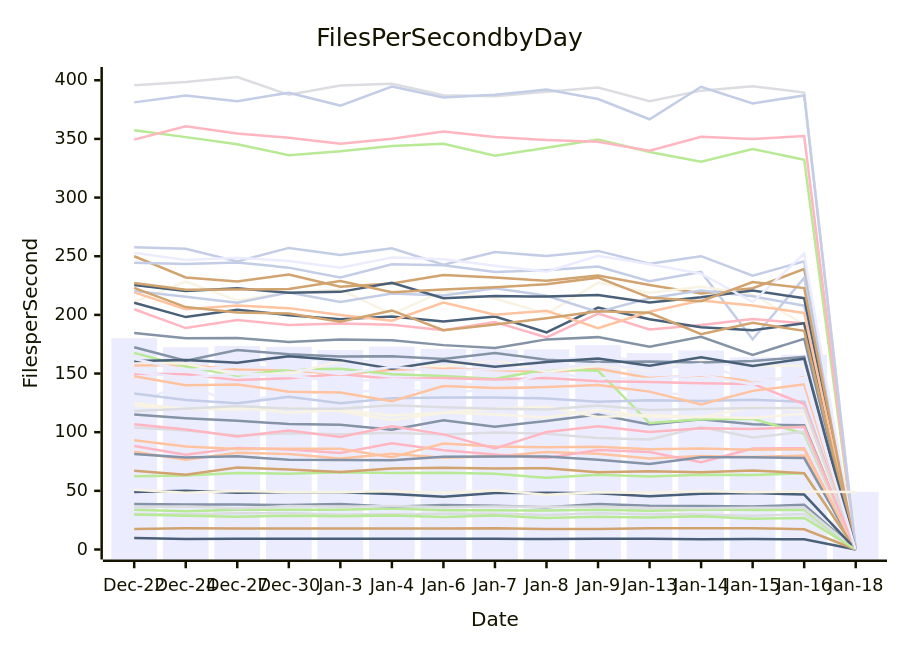
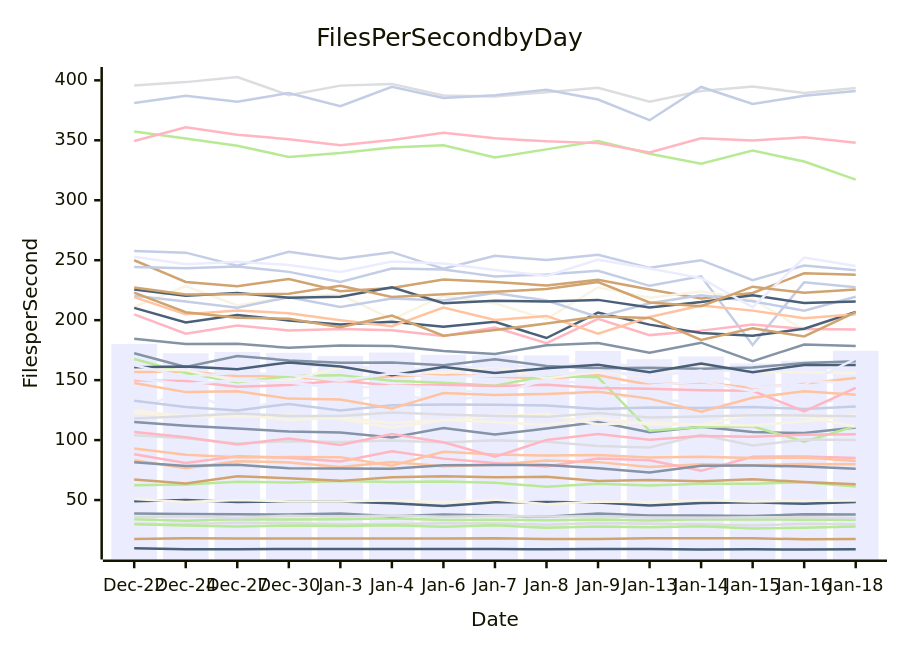
The diagram in perf-report.md (streetsidesoftware/cspell), drawn with Mermaid before and after one commit. The commit also changed other lines of this file and 1 other file, not shown here.

````diff
--- a/perf-report.md
+++ b/perf-report.md
@@ -10,57 +10,57 @@
 ```mermaid
 xychart-beta
     title Files Per Second by Day
     y-axis Files per Second
     x-axis Date [Dec-22, Dec-24, Dec-27, Dec-30, Jan-3, Jan-4, Jan-6, Jan-7, Jan-8, Jan-9, Jan-13, Jan-14, Jan-15, Jan-16, Jan-18]
-    bar [180.09, 172.48, 173.54, 172.79, 170.07, 172.98, 171.06, 170.63, 170.60, 174.36, 167.48, 169.75, 163.88, 166.13, 49.10]
-    line [115.03, 111.88, 109.68, 107.07, 106.25, 102.14, 110.16, 104.65, 109.58, 115.11, 106.48, 111.07, 106.70, 105.83, 0.00]
-    line [83.25, 76.44, 82.43, 81.41, 77.52, 81.68, 78.20, 79.53, 83.01, 81.62, 77.54, 79.76, 78.94, 80.05, 0.00]
-    line [30.24, 30.04, 30.99, 30.88, 29.79, 30.12, 30.58, 30.44, 29.43, 30.82, 30.13, 29.74, 28.69, 30.19, 0.00]
-    line [33.89, 32.69, 33.95, 33.78, 33.96, 34.86, 33.41, 33.47, 33.19, 33.82, 33.01, 34.00, 33.70, 33.67, 0.00]
-    line [249.98, 231.90, 228.38, 234.40, 224.05, 226.75, 234.01, 231.87, 229.00, 233.60, 225.53, 218.14, 222.73, 239.07, 0.00]
-    line [244.43, 243.32, 244.74, 240.28, 231.82, 243.15, 242.35, 236.52, 238.12, 241.19, 228.64, 236.61, 179.24, 231.58, 0.00]
-    line [88.26, 80.81, 86.47, 85.34, 82.22, 90.61, 84.54, 80.98, 78.06, 84.72, 83.13, 74.36, 86.16, 86.38, 0.00]
-    line [9.78, 8.90, 9.07, 9.12, 9.16, 9.11, 9.12, 9.14, 8.90, 9.21, 9.09, 8.82, 8.93, 8.76, 0.00]
-    line [211.10, 228.39, 212.27, 219.38, 221.60, 200.66, 220.18, 213.99, 200.90, 227.46, 218.81, 223.94, 217.59, 191.78, 0.00]
-    line [125.20, 140.89, 123.76, 134.99, 132.64, 137.41, 133.47, 136.71, 138.45, 138.88, 133.26, 132.31, 127.23, 131.76, 0.00]
-    line [38.70, 38.32, 38.26, 37.85, 38.77, 36.54, 38.02, 37.20, 35.97, 38.77, 37.19, 37.15, 36.65, 38.13, 0.00]
-    line [156.77, 157.19, 153.46, 153.21, 148.91, 153.20, 154.41, 153.05, 151.33, 153.98, 146.13, 148.32, 143.55, 147.19, 0.00]
-    line [35.79, 36.55, 35.09, 36.98, 36.38, 37.08, 36.07, 36.65, 36.34, 36.49, 35.46, 35.24, 35.59, 35.58, 0.00]
-    line [167.61, 155.99, 148.15, 153.37, 154.17, 149.42, 147.86, 145.38, 153.63, 152.37, 107.78, 110.93, 111.50, 98.69, 0.00]
-    line [17.53, 18.08, 17.97, 17.93, 17.83, 17.83, 17.89, 18.19, 17.48, 17.44, 18.04, 18.04, 18.22, 17.23, 0.00]
-    line [132.89, 127.54, 124.61, 130.19, 124.72, 128.97, 129.63, 129.57, 128.75, 125.98, 127.26, 126.67, 127.57, 126.01, 0.00]
-    line [204.78, 188.75, 195.62, 191.45, 192.64, 191.68, 186.85, 193.93, 180.85, 201.04, 187.54, 191.28, 196.46, 192.64, 0.00]
-    line [210.28, 198.12, 204.40, 199.78, 196.30, 198.61, 194.45, 198.60, 185.12, 206.27, 196.30, 189.40, 186.97, 192.92, 0.00]
-    line [159.56, 158.26, 149.38, 149.63, 160.44, 159.38, 155.94, 161.49, 151.30, 157.09, 152.68, 160.69, 156.79, 156.81, 0.00]
-    line [171.52, 161.55, 160.38, 161.25, 162.72, 158.59, 160.02, 162.06, 161.10, 164.91, 160.36, 157.59, 157.97, 159.04, 0.00]
-    line [81.49, 78.49, 79.44, 76.50, 76.34, 76.08, 79.03, 79.23, 79.24, 76.50, 72.97, 78.65, 78.72, 77.98, 0.00]
-    line [93.06, 87.76, 85.72, 85.81, 85.78, 78.64, 90.27, 87.90, 87.06, 87.60, 85.54, 86.15, 85.12, 85.43, 0.00]
-    line [395.71, 398.52, 402.79, 387.60, 395.60, 397.05, 387.31, 386.47, 390.16, 393.74, 382.18, 391.17, 394.86, 389.55, 0.00]
-    line [62.39, 63.01, 65.26, 64.66, 65.89, 65.11, 65.47, 64.47, 61.13, 63.67, 62.15, 63.63, 63.52, 64.93, 0.00]
-    line [67.11, 63.78, 69.83, 68.15, 65.99, 69.11, 69.77, 69.09, 69.36, 65.84, 66.66, 65.78, 67.40, 65.04, 0.00]
-    line [220.31, 215.56, 210.39, 219.17, 210.98, 218.13, 216.47, 222.63, 216.37, 202.60, 214.18, 220.74, 215.80, 207.87, 0.00]
-    line [149.89, 149.32, 144.39, 145.93, 149.70, 145.36, 146.19, 145.02, 146.18, 143.49, 142.76, 141.64, 141.15, 123.99, 0.00]
-    line [225.51, 220.33, 222.69, 218.79, 219.63, 227.40, 214.16, 216.11, 215.58, 216.92, 210.61, 215.07, 220.69, 214.26, 0.00]
-    line [124.95, 119.60, 119.43, 120.64, 117.82, 110.33, 116.53, 120.08, 121.77, 112.94, 114.87, 112.73, 121.37, 119.21, 0.00]
-    line [151.56, 146.50, 150.10, 148.04, 143.32, 145.06, 144.14, 137.83, 150.50, 146.15, 145.30, 149.05, 140.78, 149.26, 0.00]
-    line [184.52, 180.06, 180.25, 176.99, 178.92, 178.38, 174.22, 171.75, 179.11, 181.04, 172.87, 181.24, 165.83, 179.67, 0.00]
-    line [219.19, 204.86, 207.97, 205.76, 199.93, 194.96, 210.48, 200.08, 203.53, 188.73, 202.65, 212.27, 207.96, 201.68, 0.00]
-    line [104.04, 101.53, 97.16, 99.08, 98.33, 99.60, 97.96, 99.84, 98.62, 95.10, 93.83, 104.36, 95.41, 100.49, 0.00]
-    line [357.38, 351.53, 345.39, 336.17, 339.40, 343.93, 345.83, 335.66, 342.43, 349.42, 338.80, 330.51, 341.37, 332.29, 0.00]
-    line [222.98, 206.68, 202.06, 201.20, 194.13, 203.79, 186.99, 191.85, 197.16, 203.10, 201.84, 183.49, 193.18, 186.41, 0.00]
-    line [257.62, 256.30, 245.45, 257.10, 251.12, 256.72, 242.84, 253.62, 250.11, 254.55, 243.64, 250.04, 233.42, 245.62, 0.00]
-    line [349.43, 360.81, 354.60, 350.95, 345.98, 350.21, 356.35, 351.62, 349.11, 347.65, 339.94, 351.75, 349.84, 352.46, 0.00]
-    line [48.96, 49.98, 48.46, 48.82, 48.74, 47.38, 44.97, 48.20, 48.28, 47.88, 45.48, 47.52, 48.15, 46.82, 0.00]
-    line [122.57, 119.82, 121.66, 116.64, 119.03, 114.16, 116.74, 115.06, 112.51, 118.83, 112.95, 112.89, 112.17, 115.75, 0.00]
-    line [252.93, 246.70, 248.73, 245.95, 240.13, 248.92, 247.35, 241.85, 236.85, 250.47, 243.18, 235.07, 210.91, 252.26, 0.00]
-    line [172.46, 160.97, 170.04, 166.42, 164.47, 164.70, 162.35, 167.49, 161.75, 159.91, 160.33, 159.51, 160.62, 164.27, 0.00]
-    line [147.65, 140.01, 140.67, 134.58, 133.84, 126.46, 139.31, 137.59, 138.48, 140.31, 134.58, 123.64, 135.23, 140.79, 0.00]
-    line [117.98, 119.98, 122.26, 120.11, 120.07, 122.96, 121.36, 120.04, 119.36, 122.67, 118.82, 119.70, 120.72, 120.60, 0.00]
-    line [29.86, 28.77, 27.94, 28.71, 28.29, 28.89, 27.76, 28.93, 26.82, 27.98, 27.25, 28.25, 26.29, 26.94, 0.00]
-    line [227.25, 221.39, 221.64, 222.00, 228.77, 219.30, 221.68, 223.62, 226.04, 231.74, 214.77, 211.68, 227.93, 222.84, 0.00]
-    line [381.16, 387.10, 382.18, 389.40, 378.43, 394.66, 385.25, 387.67, 392.05, 384.01, 366.78, 394.48, 380.24, 387.08, 0.00]
-    line [106.83, 102.33, 96.35, 101.39, 95.92, 105.11, 98.16, 86.10, 100.14, 105.08, 100.22, 103.42, 102.77, 104.55, 0.00]
-    line [160.66, 161.47, 159.18, 164.75, 161.43, 154.09, 160.97, 155.89, 159.83, 162.81, 156.59, 163.92, 156.50, 162.70, 0.00]
-    line [50.84, 48.41, 49.94, 48.88, 48.70, 49.88, 48.16, 50.54, 46.59, 48.81, 48.15, 49.96, 48.86, 49.35, 49.10]
-    line [162.32, 152.82, 156.10, 154.49, 149.59, 155.51, 152.61, 153.69, 153.81, 158.28, 153.24, 158.05, 143.97, 146.11, 0.00]
+    bar [180.09, 172.48, 173.54, 172.79, 170.07, 172.98, 171.06, 170.63, 170.60, 174.36, 167.48, 169.75, 163.88, 166.13, 174.50]
+    line [115.03, 111.88, 109.68, 107.07, 106.25, 102.14, 110.16, 104.65, 109.58, 115.11, 106.48, 111.07, 106.70, 105.83, 110.59]
+    line [83.25, 76.44, 82.43, 81.41, 77.52, 81.68, 78.20, 79.53, 83.01, 81.62, 77.54, 79.76, 78.94, 80.05, 79.79]
+    line [30.24, 30.04, 30.99, 30.88, 29.79, 30.12, 30.58, 30.44, 29.43, 30.82, 30.13, 29.74, 28.69, 30.19, 29.74]
+    line [33.89, 32.69, 33.95, 33.78, 33.96, 34.86, 33.41, 33.47, 33.19, 33.82, 33.01, 34.00, 33.70, 33.67, 33.62]
+    line [249.98, 231.90, 228.38, 234.40, 224.05, 226.75, 234.01, 231.87, 229.00, 233.60, 225.53, 218.14, 222.73, 239.07, 237.86]
+    line [244.43, 243.32, 244.74, 240.28, 231.82, 243.15, 242.35, 236.52, 238.12, 241.19, 228.64, 236.61, 179.24, 231.58, 227.41]
+    line [88.26, 80.81, 86.47, 85.34, 82.22, 90.61, 84.54, 80.98, 78.06, 84.72, 83.13, 74.36, 86.16, 86.38, 84.98]
+    line [9.78, 8.90, 9.07, 9.12, 9.16, 9.11, 9.12, 9.14, 8.90, 9.21, 9.09, 8.82, 8.93, 8.76, 8.99]
+    line [211.10, 228.39, 212.27, 219.38, 221.60, 200.66, 220.18, 213.99, 200.90, 227.46, 218.81, 223.94, 217.59, 191.78, 206.70]
+    line [125.20, 140.89, 123.76, 134.99, 132.64, 137.41, 133.47, 136.71, 138.45, 138.88, 133.26, 132.31, 127.23, 131.76, 132.93]
+    line [38.70, 38.32, 38.26, 37.85, 38.77, 36.54, 38.02, 37.20, 35.97, 38.77, 37.19, 37.15, 36.65, 38.13, 37.95]
+    line [156.77, 157.19, 153.46, 153.21, 148.91, 153.20, 154.41, 153.05, 151.33, 153.98, 146.13, 148.32, 143.55, 147.19, 151.83]
+    line [35.79, 36.55, 35.09, 36.98, 36.38, 37.08, 36.07, 36.65, 36.34, 36.49, 35.46, 35.24, 35.59, 35.58, 35.07]
+    line [167.61, 155.99, 148.15, 153.37, 154.17, 149.42, 147.86, 145.38, 153.63, 152.37, 107.78, 110.93, 111.50, 98.69, 111.74]
+    line [17.53, 18.08, 17.97, 17.93, 17.83, 17.83, 17.89, 18.19, 17.48, 17.44, 18.04, 18.04, 18.22, 17.23, 17.55]
+    line [132.89, 127.54, 124.61, 130.19, 124.72, 128.97, 129.63, 129.57, 128.75, 125.98, 127.26, 126.67, 127.57, 126.01, 128.09]
+    line [204.78, 188.75, 195.62, 191.45, 192.64, 191.68, 186.85, 193.93, 180.85, 201.04, 187.54, 191.28, 196.46, 192.64, 192.25]
+    line [210.28, 198.12, 204.40, 199.78, 196.30, 198.61, 194.45, 198.60, 185.12, 206.27, 196.30, 189.40, 186.97, 192.92, 206.92]
+    line [159.56, 158.26, 149.38, 149.63, 160.44, 159.38, 155.94, 161.49, 151.30, 157.09, 152.68, 160.69, 156.79, 156.81, 155.73]
+    line [171.52, 161.55, 160.38, 161.25, 162.72, 158.59, 160.02, 162.06, 161.10, 164.91, 160.36, 157.59, 157.97, 159.04, 161.40]
+    line [81.49, 78.49, 79.44, 76.50, 76.34, 76.08, 79.03, 79.23, 79.24, 76.50, 72.97, 78.65, 78.72, 77.98, 76.03]
+    line [93.06, 87.76, 85.72, 85.81, 85.78, 78.64, 90.27, 87.90, 87.06, 87.60, 85.54, 86.15, 85.12, 85.43, 82.51]
+    line [395.71, 398.52, 402.79, 387.60, 395.60, 397.05, 387.31, 386.47, 390.16, 393.74, 382.18, 391.17, 394.86, 389.55, 393.53]
+    line [62.39, 63.01, 65.26, 64.66, 65.89, 65.11, 65.47, 64.47, 61.13, 63.67, 62.15, 63.63, 63.52, 64.93, 61.26]
+    line [67.11, 63.78, 69.83, 68.15, 65.99, 69.11, 69.77, 69.09, 69.36, 65.84, 66.66, 65.78, 67.40, 65.04, 63.23]
+    line [220.31, 215.56, 210.39, 219.17, 210.98, 218.13, 216.47, 222.63, 216.37, 202.60, 214.18, 220.74, 215.80, 207.87, 219.52]
+    line [149.89, 149.32, 144.39, 145.93, 149.70, 145.36, 146.19, 145.02, 146.18, 143.49, 142.76, 141.64, 141.15, 123.99, 143.49]
+    line [225.51, 220.33, 222.69, 218.79, 219.63, 227.40, 214.16, 216.11, 215.58, 216.92, 210.61, 215.07, 220.69, 214.26, 215.48]
+    line [124.95, 119.60, 119.43, 120.64, 117.82, 110.33, 116.53, 120.08, 121.77, 112.94, 114.87, 112.73, 121.37, 119.21, 111.41]
+    line [151.56, 146.50, 150.10, 148.04, 143.32, 145.06, 144.14, 137.83, 150.50, 146.15, 145.30, 149.05, 140.78, 149.26, 147.65]
+    line [184.52, 180.06, 180.25, 176.99, 178.92, 178.38, 174.22, 171.75, 179.11, 181.04, 172.87, 181.24, 165.83, 179.67, 178.49]
+    line [219.19, 204.86, 207.97, 205.76, 199.93, 194.96, 210.48, 200.08, 203.53, 188.73, 202.65, 212.27, 207.96, 201.68, 204.97]
+    line [104.04, 101.53, 97.16, 99.08, 98.33, 99.60, 97.96, 99.84, 98.62, 95.10, 93.83, 104.36, 95.41, 100.49, 100.17]
+    line [357.38, 351.53, 345.39, 336.17, 339.40, 343.93, 345.83, 335.66, 342.43, 349.42, 338.80, 330.51, 341.37, 332.29, 317.17]
+    line [222.98, 206.68, 202.06, 201.20, 194.13, 203.79, 186.99, 191.85, 197.16, 203.10, 201.84, 183.49, 193.18, 186.41, 206.76]
+    line [257.62, 256.30, 245.45, 257.10, 251.12, 256.72, 242.84, 253.62, 250.11, 254.55, 243.64, 250.04, 233.42, 245.62, 241.64]
+    line [349.43, 360.81, 354.60, 350.95, 345.98, 350.21, 356.35, 351.62, 349.11, 347.65, 339.94, 351.75, 349.84, 352.46, 347.95]
+    line [48.96, 49.98, 48.46, 48.82, 48.74, 47.38, 44.97, 48.20, 48.28, 47.88, 45.48, 47.52, 48.15, 46.82, 48.44]
+    line [122.57, 119.82, 121.66, 116.64, 119.03, 114.16, 116.74, 115.06, 112.51, 118.83, 112.95, 112.89, 112.17, 115.75, 121.13]
+    line [252.93, 246.70, 248.73, 245.95, 240.13, 248.92, 247.35, 241.85, 236.85, 250.47, 243.18, 235.07, 210.91, 252.26, 245.25]
+    line [172.46, 160.97, 170.04, 166.42, 164.47, 164.70, 162.35, 167.49, 161.75, 159.91, 160.33, 159.51, 160.62, 164.27, 165.83]
+    line [147.65, 140.01, 140.67, 134.58, 133.84, 126.46, 139.31, 137.59, 138.48, 140.31, 134.58, 123.64, 135.23, 140.79, 137.86]
+    line [117.98, 119.98, 122.26, 120.11, 120.07, 122.96, 121.36, 120.04, 119.36, 122.67, 118.82, 119.70, 120.72, 120.60, 119.83]
+    line [29.86, 28.77, 27.94, 28.71, 28.29, 28.89, 27.76, 28.93, 26.82, 27.98, 27.25, 28.25, 26.29, 26.94, 27.92]
+    line [227.25, 221.39, 221.64, 222.00, 228.77, 219.30, 221.68, 223.62, 226.04, 231.74, 214.77, 211.68, 227.93, 222.84, 225.57]
+    line [381.16, 387.10, 382.18, 389.40, 378.43, 394.66, 385.25, 387.67, 392.05, 384.01, 366.78, 394.48, 380.24, 387.08, 391.19]
+    line [106.83, 102.33, 96.35, 101.39, 95.92, 105.11, 98.16, 86.10, 100.14, 105.08, 100.22, 103.42, 102.77, 104.55, 104.84]
+    line [160.66, 161.47, 159.18, 164.75, 161.43, 154.09, 160.97, 155.89, 159.83, 162.81, 156.59, 163.92, 156.50, 162.70, 162.52]
+    line [50.84, 48.41, 49.94, 48.88, 48.70, 49.88, 48.16, 50.54, 46.59, 48.81, 48.15, 49.96, 48.86, 49.35, 49.61]
+    line [162.32, 152.82, 156.10, 154.49, 149.59, 155.51, 152.61, 153.69, 153.81, 158.28, 153.24, 158.05, 143.97, 146.11, 167.84]
 ```
````
